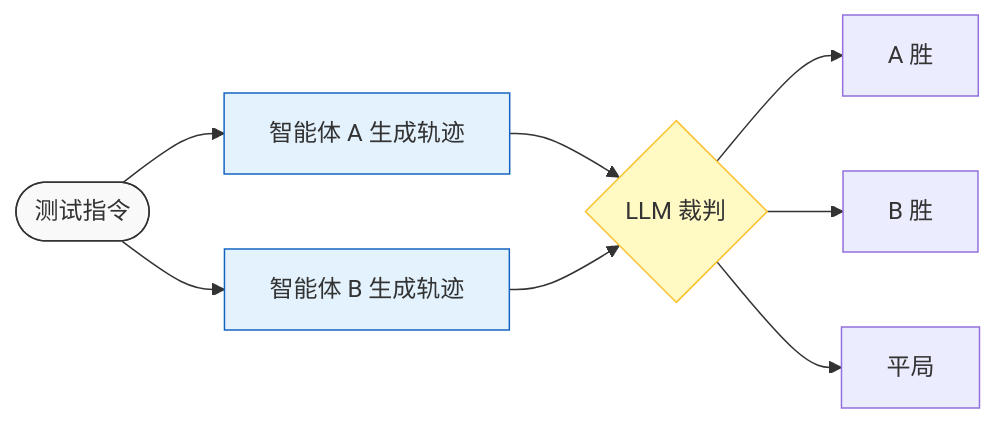
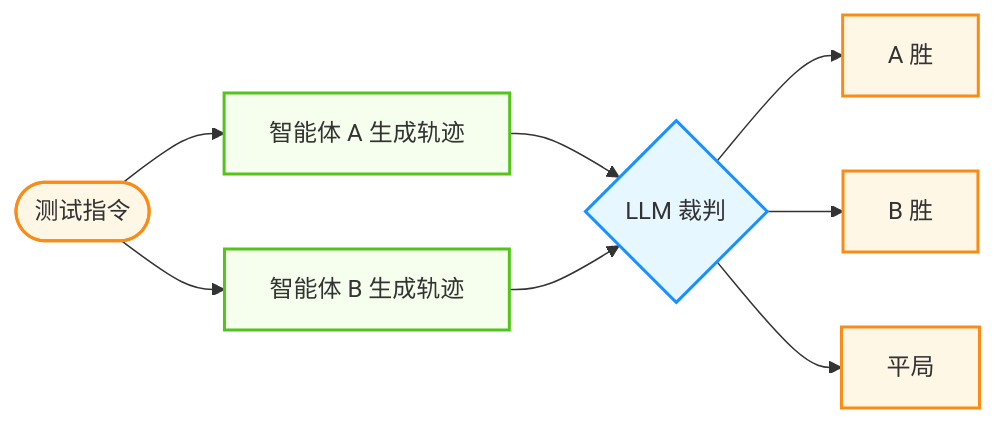
One commit to yeasy/agentic_ai_guide changed the diagram in 07_evolution/7.2_evaluation.md. Above: the diagram before and after it, drawn with Mermaid. The commit also changed 36 other files, not shown here.

````diff
--- a/07_evolution/7.2_evaluation.md
+++ b/07_evolution/7.2_evaluation.md
@@ -123,14 +123,19 @@
 ```mermaid
 graph LR
+    %% Agentic Design System
+    classDef user fill:#fff7e6,stroke:#fa8c16,stroke-width:2px;
+    classDef agent fill:#e6f7ff,stroke:#1890ff,stroke-width:2px;
+    classDef tool fill:#f6ffed,stroke:#52c41a,stroke-width:2px;
+
     Input([测试指令]) --> GenA[智能体 A 生成轨迹]
     Input --> GenB[智能体 B 生成轨迹]
     GenA & GenB --> Judge{LLM 裁判}
     Judge --> WinA[A 胜]
     Judge --> WinB[B 胜]
     Judge --> Tie[平局]
     
-    style Input fill:#f9f9f9,stroke:#333
-    style GenA fill:#e3f2fd,stroke:#1565c0
-    style GenB fill:#e3f2fd,stroke:#1565c0
-    style Judge fill:#fff9c4,stroke:#fbc02d
+    class Input user;
+    class GenA,GenB tool;
+    class Judge agent;
+    class WinA,WinB,Tie user;
 ```
````
